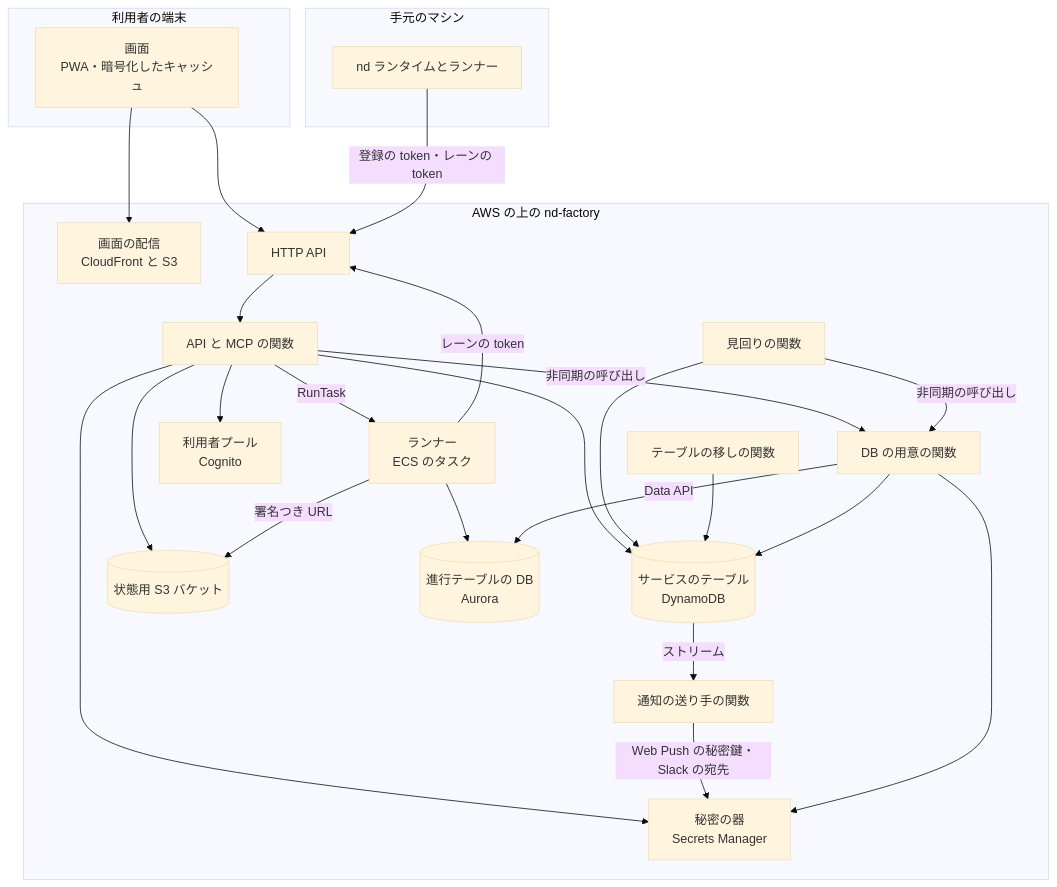
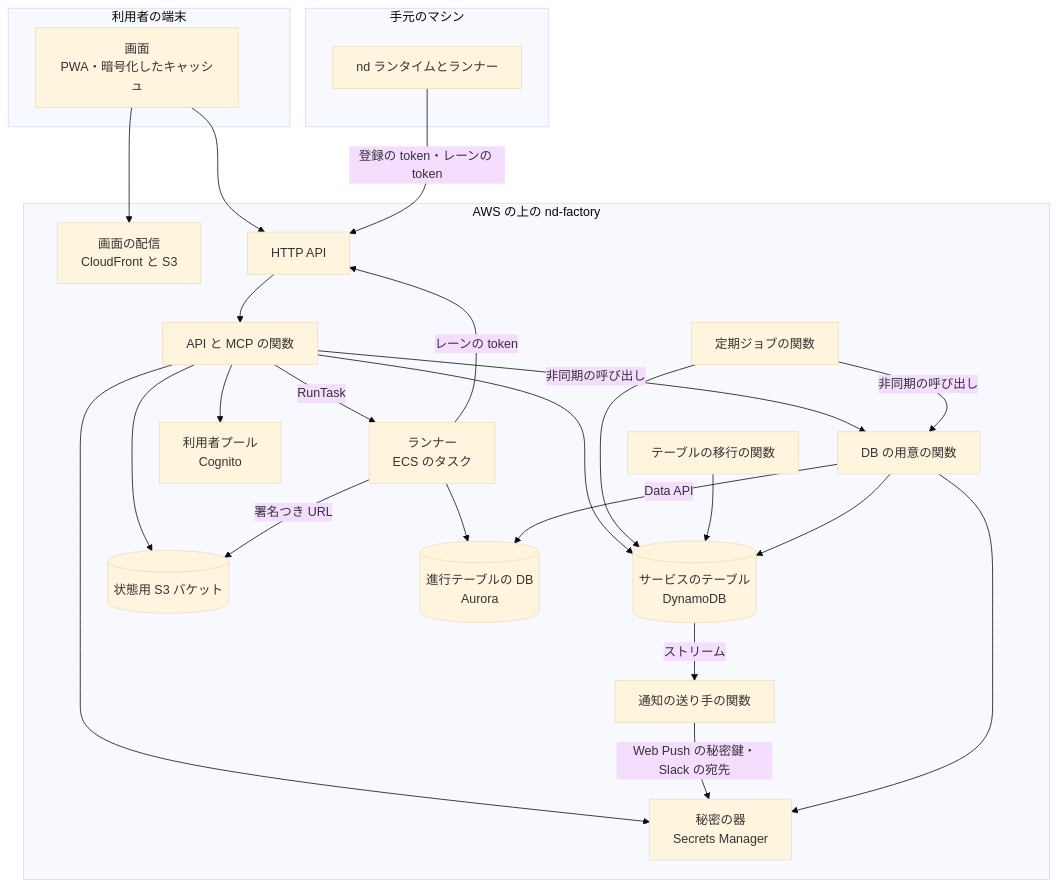
Before and after one commit to devbasex/nd-factory: the second of 3 diagrams in docs/design/platform.md, drawn with Mermaid (base theme). The commit also changed other lines of this file and 8 other files, not shown here.

````diff
--- a/docs/design/platform.md
+++ b/docs/design/platform.md
@@ -85,45 +85,45 @@
 ```mermaid
 graph TD
     subgraph DEV[利用者の端末]
         WEB["画面<br/>PWA・暗号化したキャッシュ"]
     end
     subgraph AWS["AWS の上の nd-factory"]
         CDN["画面の配信<br/>CloudFront と S3"]
         HAPI[HTTP API]
         API[API と MCP の関数]
-        PAT[見回りの関数]
+        PAT[定期ジョブの関数]
         NTF[通知の送り手の関数]
-        MIG[テーブルの移しの関数]
+        MIG[テーブルの移行の関数]
         PREP[DB の用意の関数]
         IDP["利用者プール<br/>Cognito"]
         DDB[("サービスのテーブル<br/>DynamoDB")]
         ST[(状態用 S3 バケット)]
         SM["秘密の器<br/>Secrets Manager"]
         RUN["ランナー<br/>ECS のタスク"]
         PG[("進行テーブルの DB<br/>Aurora")]
     end
     subgraph LOCAL[手元のマシン]
         NDR[nd ランタイムとランナー]
     end
     WEB --> CDN
     WEB --> HAPI
     HAPI --> API
     API --> IDP
     API --> DDB
     API --> ST
     API --> SM
     API -->|RunTask| RUN
     API -->|非同期の呼び出し| PREP
     PAT --> DDB
     PAT -->|非同期の呼び出し| PREP
     DDB -->|ストリーム| NTF
     NTF -->|Web Push の秘密鍵・Slack の宛先| SM
     MIG --> DDB
     RUN -->|レーンの token| HAPI
     RUN --> PG
     RUN -->|署名つき URL| ST
     PREP -->|Data API| PG
     PREP --> SM
     PREP --> DDB
     NDR -->|登録の token・レーンの token| HAPI
 ```
````
